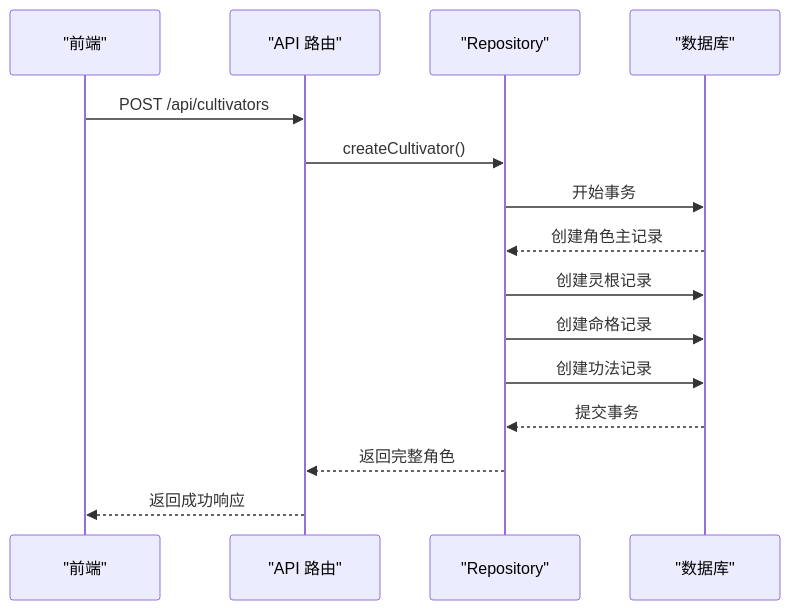
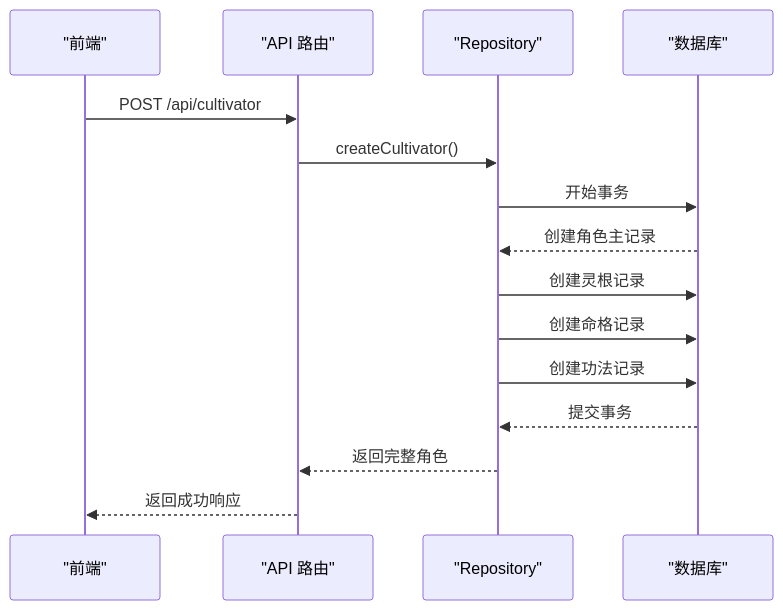
One commit to ChurchTao/Daoyou changed the third of 8 diagrams in .qoder/repowiki/zh/content/核心功能模块/角色系统/角色系统.md. Above: the diagram before and after it, drawn with Mermaid. The commit also changed other lines of this file and 41 other files, not shown here.

````diff
--- a/.qoder/repowiki/zh/content/核心功能模块/角色系统/角色系统.md
+++ b/.qoder/repowiki/zh/content/核心功能模块/角色系统/角色系统.md
@@ -116,17 +117,17 @@
 ```mermaid
 sequenceDiagram
 participant Client as "前端"
 participant API as "API 路由"
 participant Repo as "Repository"
 participant DB as "数据库"
-Client->>API : POST /api/cultivators
+Client->>API : POST /api/cultivator
 API->>Repo : createCultivator()
 Repo->>DB : 开始事务
 DB-->>Repo : 创建角色主记录
 Repo->>DB : 创建灵根记录
 Repo->>DB : 创建命格记录
 Repo->>DB : 创建功法记录
 DB-->>Repo : 提交事务
 Repo-->>API : 返回完整角色
 API-->>Client : 返回成功响应
 ```
````
